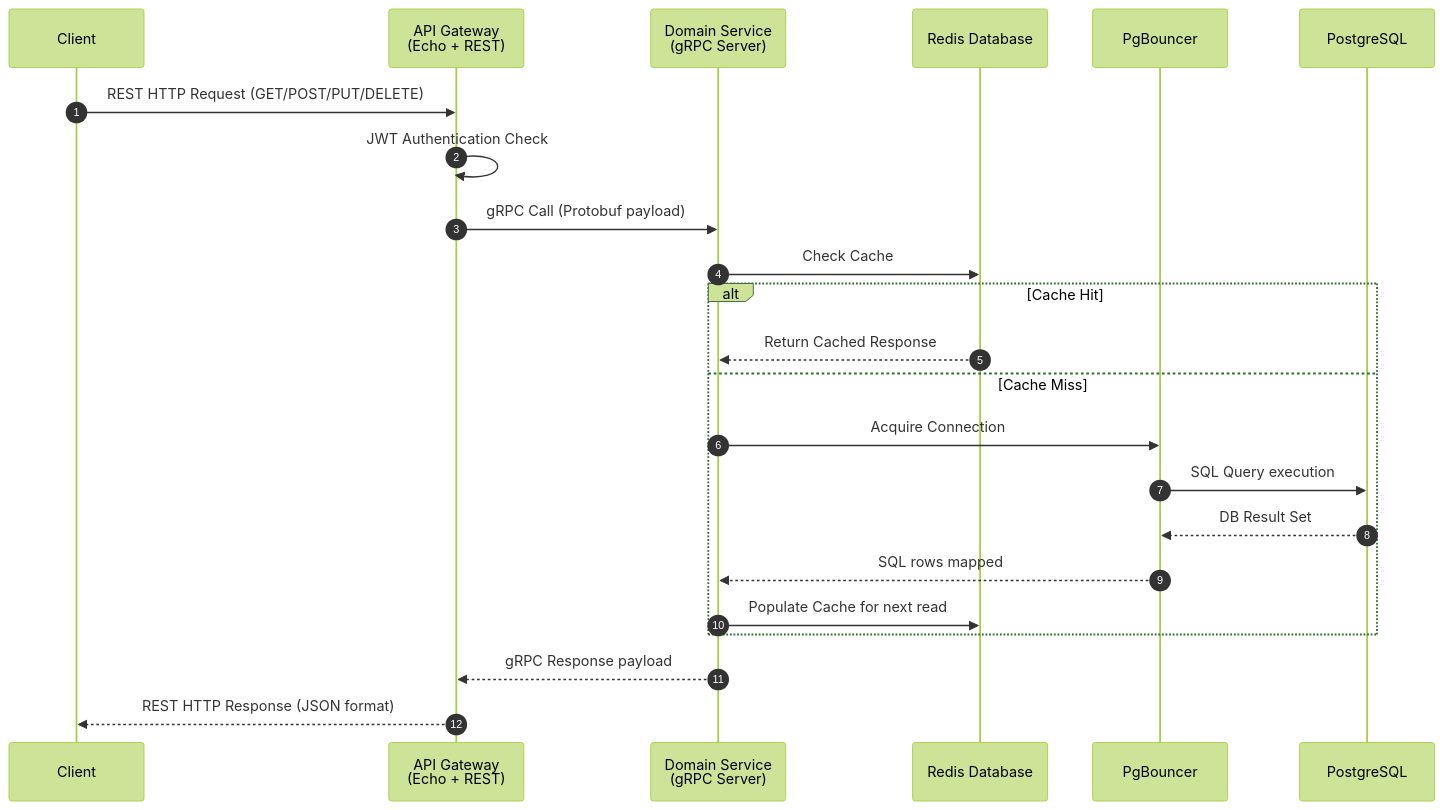
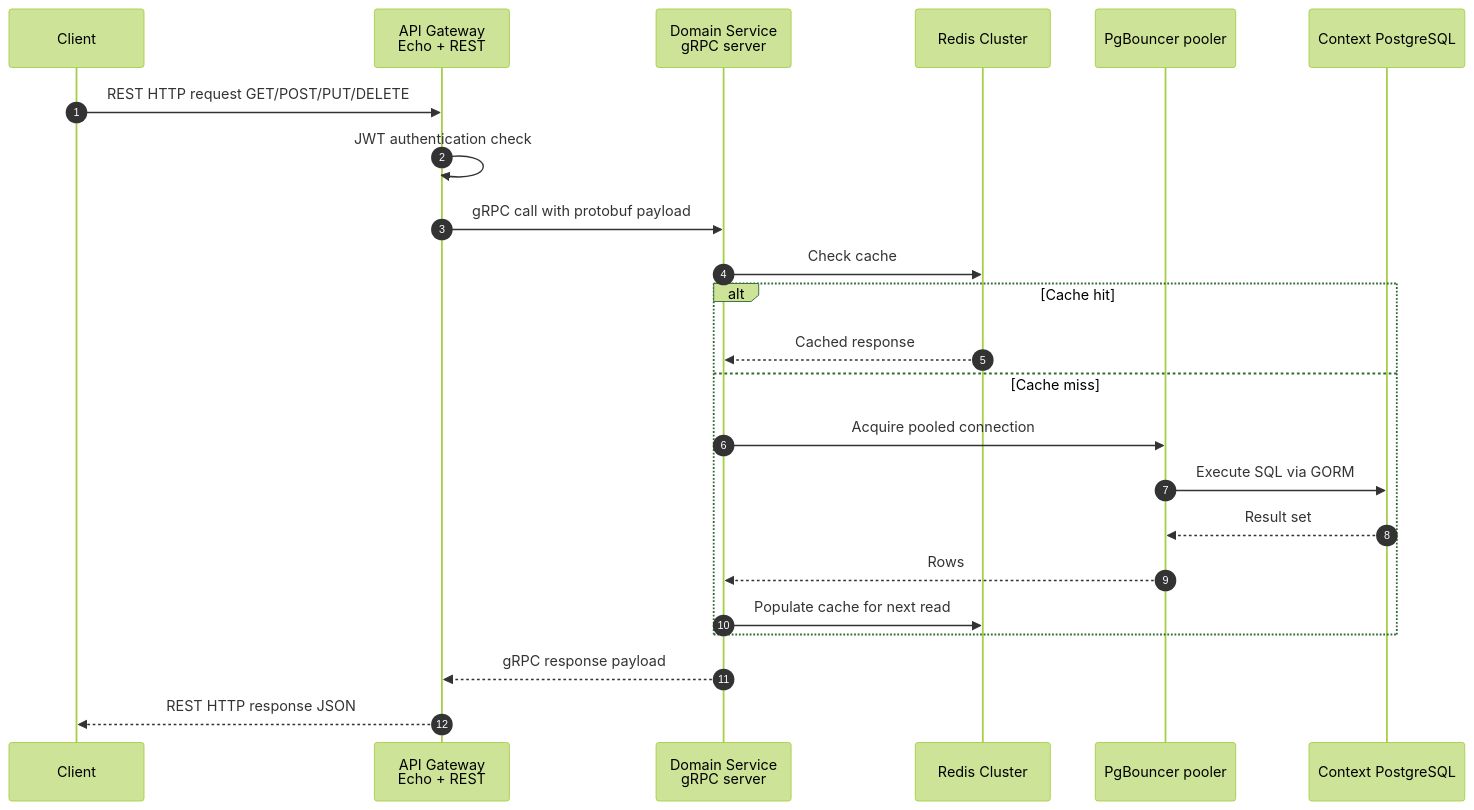
One commit to MamangRust/microservice-payment-gateway-gorm changed the eighth of 15 diagrams in README.md. Above: the diagram before and after it, drawn with Mermaid (forest theme). The commit also changed other lines of this file and 545 other files, not shown here.

````diff
--- a/README.md
+++ b/README.md
@@ -296,26 +585,26 @@
 ```mermaid
 sequenceDiagram
     autonumber
     participant C as Client
-    participant GW as API Gateway<br/>(Echo + REST)
-    participant SVC as Domain Service<br/>(gRPC Server)
-    participant REDIS as Redis Database
-    participant PGB as PgBouncer
-    participant DB as PostgreSQL
+    participant GW as API Gateway<br/>Echo + REST
+    participant SVC as Domain Service<br/>gRPC server
+    participant REDIS as Redis Cluster
+    participant PGB as PgBouncer pooler
+    participant DB as Context PostgreSQL
 
-    C->>GW: REST HTTP Request (GET/POST/PUT/DELETE)
-    GW->>GW: JWT Authentication Check
-    GW->>SVC: gRPC Call (Protobuf payload)
-    SVC->>REDIS: Check Cache
-    alt Cache Hit
-        REDIS-->>SVC: Return Cached Response
-    else Cache Miss
-        SVC->>PGB: Acquire Connection
-        PGB->>DB: SQL Query execution
-        DB-->>PGB: DB Result Set
-        PGB-->>SVC: SQL rows mapped
-        SVC->>REDIS: Populate Cache for next read
+    C->>GW: REST HTTP request GET/POST/PUT/DELETE
+    GW->>GW: JWT authentication check
+    GW->>SVC: gRPC call with protobuf payload
+    SVC->>REDIS: Check cache
+    alt Cache hit
+        REDIS-->>SVC: Cached response
+    else Cache miss
+        SVC->>PGB: Acquire pooled connection
+        PGB->>DB: Execute SQL via GORM
+        DB-->>PGB: Result set
+        PGB-->>SVC: Rows
+        SVC->>REDIS: Populate cache for next read
     end
-    SVC-->>GW: gRPC Response payload
-    GW-->>C: REST HTTP Response (JSON format)
+    SVC-->>GW: gRPC response payload
+    GW-->>C: REST HTTP response JSON
 ```
````
